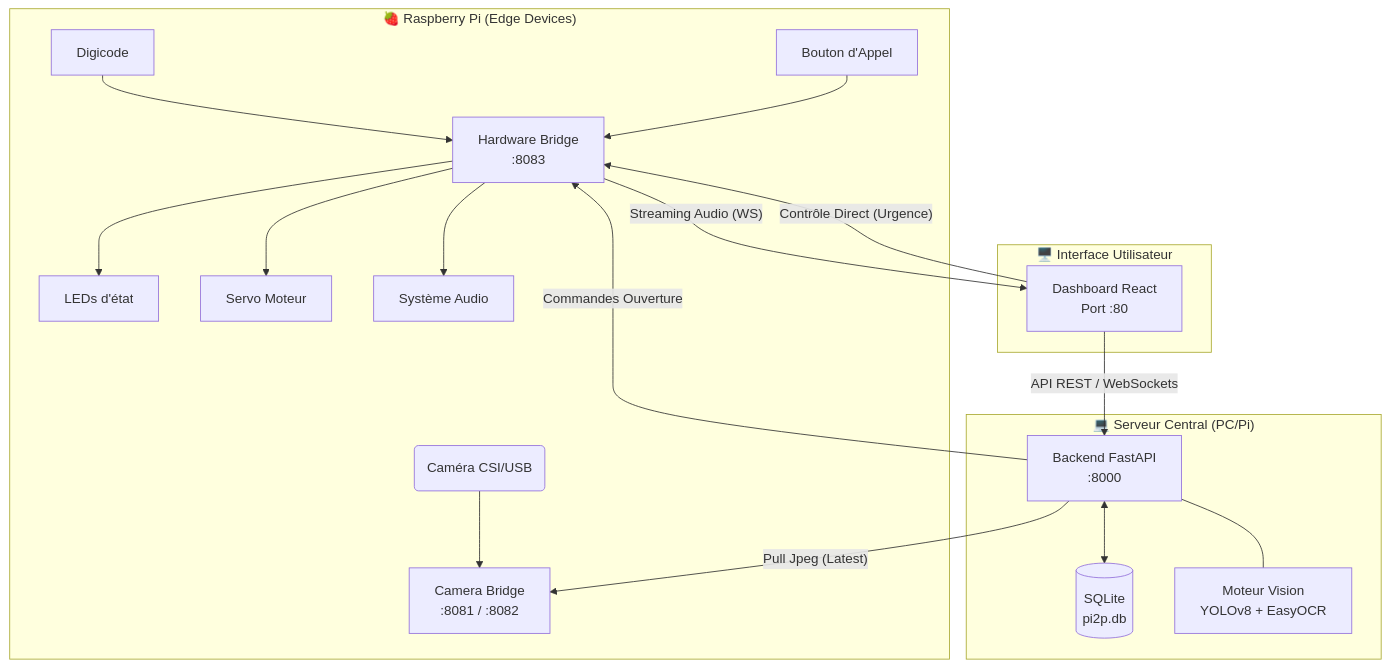
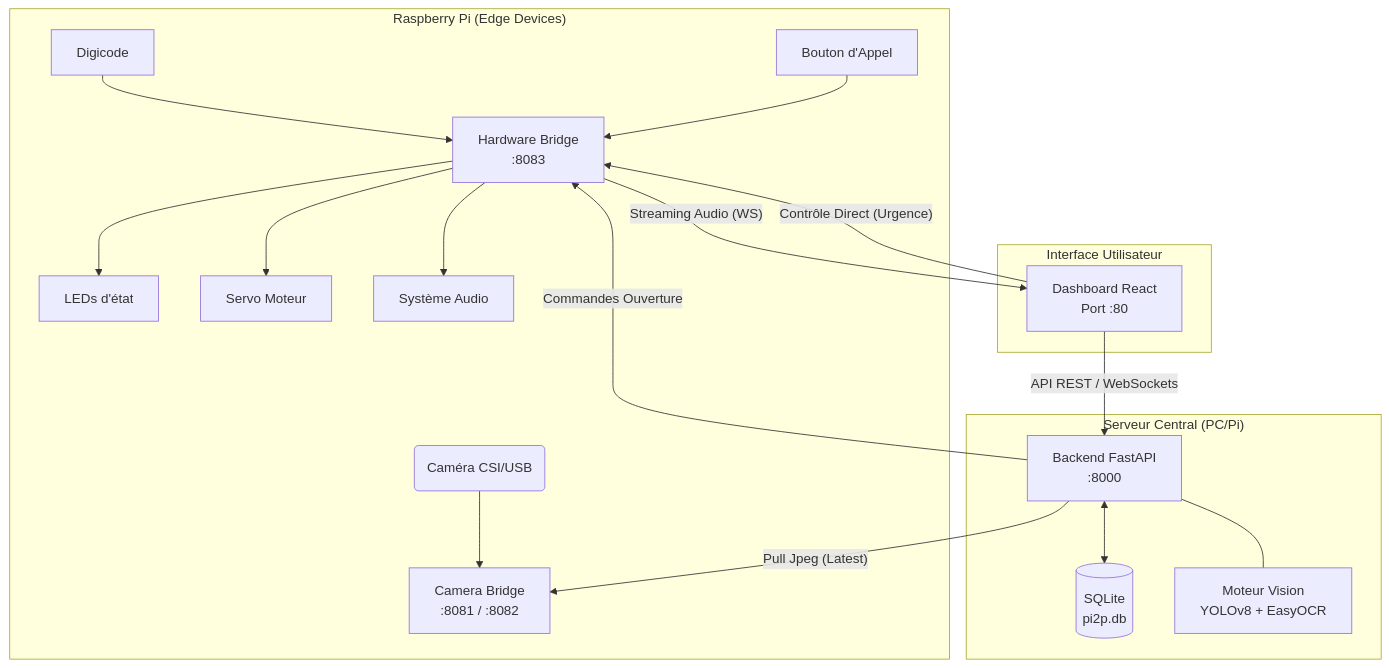
The diagram in .documents/Tech.md (louislefo/PI2P_2026), drawn with Mermaid before and after one commit. The commit also changed other lines of this file and 1 other file, not shown here.

Commit message:
docs: add technical architecture documentation and simplify README formatting

````diff
--- a/.documents/Tech.md
+++ b/.documents/Tech.md
@@ -9,37 +9,37 @@
 ```mermaid
 graph TD
-    subgraph "🍓 Raspberry Pi (Edge Devices)"
+    subgraph "Raspberry Pi (Edge Devices)"
         CB[Camera Bridge<br/>:8081 / :8082]
         HB[Hardware Bridge<br/>:8083]
         
         CAM(Caméra CSI/USB) --> CB
         
         HB --> LED[LEDs d'état]
         HB --> SRV[Servo Moteur]
         HB --> AUD[Système Audio]
         KP[Digicode] --> HB
         BTN[Bouton d'Appel] --> HB
     end
 
-    subgraph "💻 Serveur Central (PC/Pi)"
+    subgraph "Serveur Central (PC/Pi)"
         BE[Backend FastAPI<br/>:8000]
         DB[(SQLite<br/>pi2p.db)]
         AI[Moteur Vision<br/>YOLOv8 + EasyOCR]
         
         BE <--> DB
         BE --- AI
     end
 
-    subgraph "🖥️ Interface Utilisateur"
+    subgraph "Interface Utilisateur"
         UI[Dashboard React<br/>Port :80]
     end
 
     %% Flux de données
     UI -- "API REST / WebSockets" --> BE
     UI -- "Contrôle Direct (Urgence)" --> HB
     
     BE -- "Pull Jpeg (Latest)" --> CB
     BE -- "Commandes Ouverture" --> HB
     
     HB -- "Streaming Audio (WS)" --> UI
 ```
````
